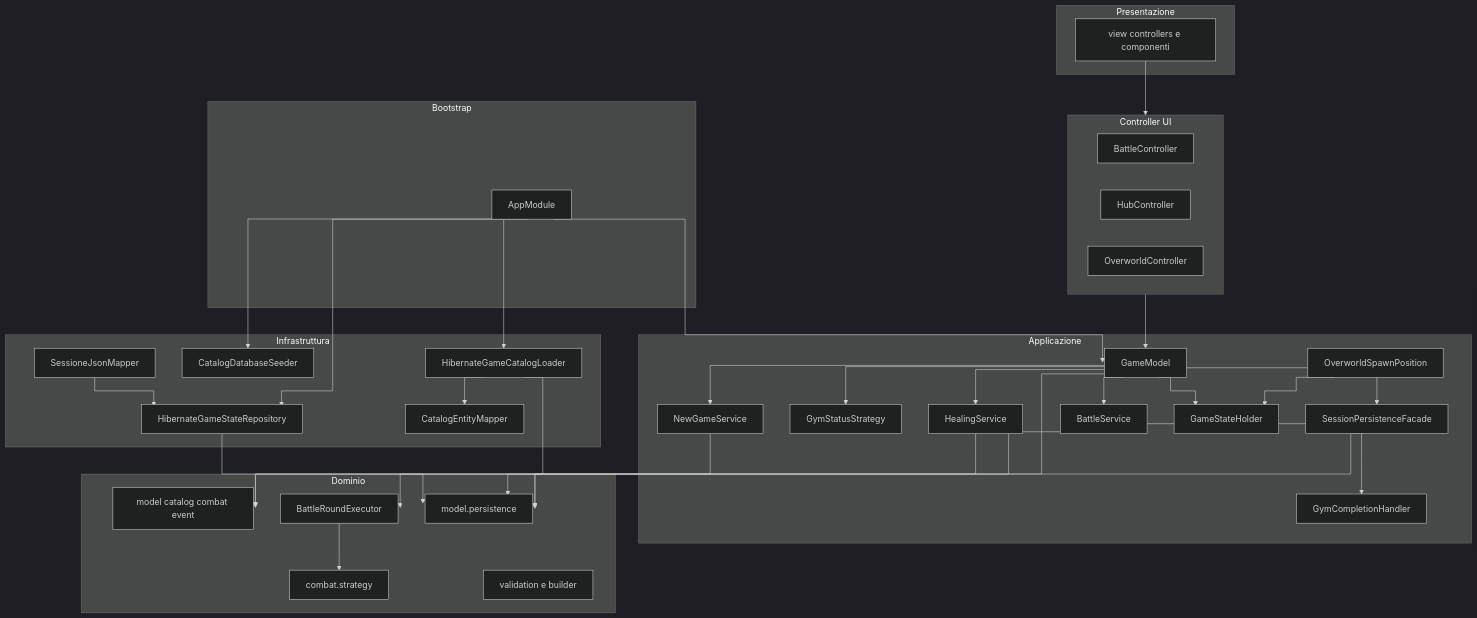
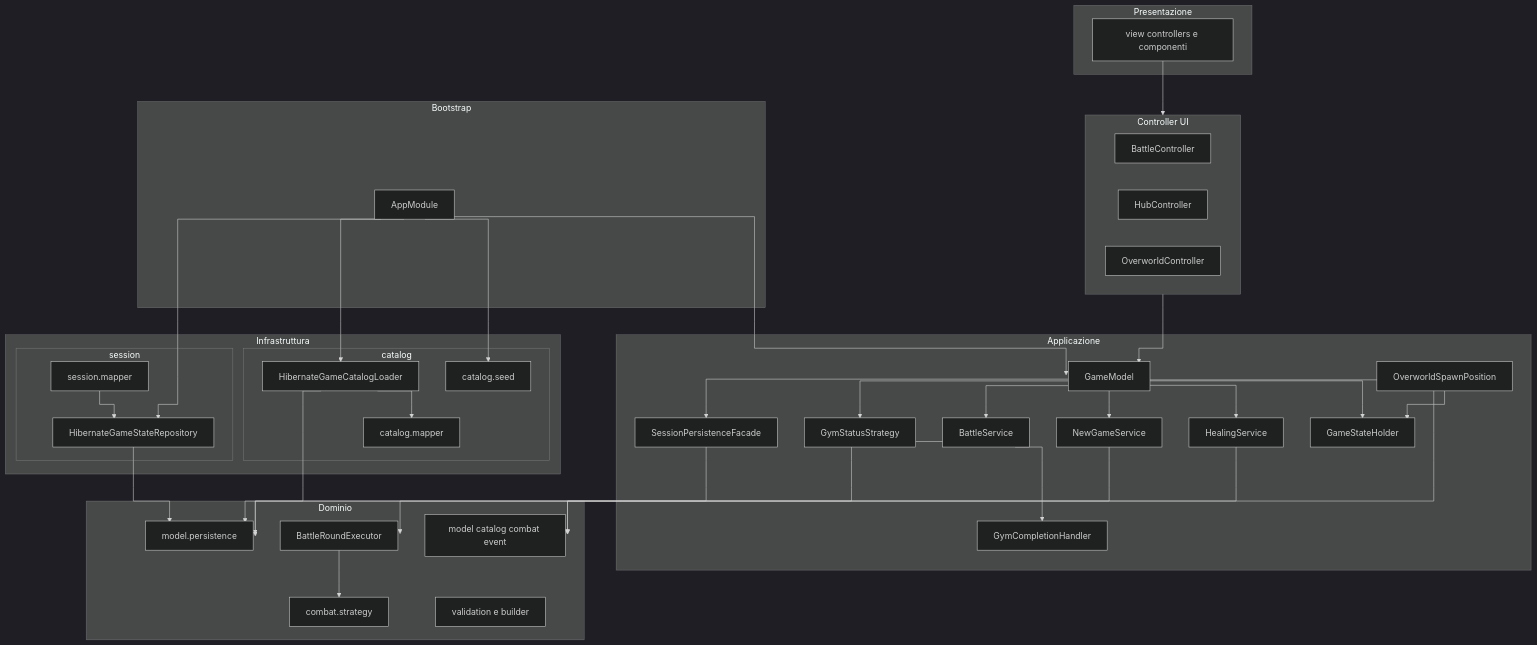
One commit to ValerioGiglio04/rpg-MPGC changed the diagram in .github/wiki-pages/Responsabilita-e-architettura.md. Above: the diagram before and after it, drawn with Mermaid (dark theme). The commit also changed other lines of this file and 50 other files, not shown here.

````diff
--- a/.github/wiki-pages/Responsabilita-e-architettura.md
+++ b/.github/wiki-pages/Responsabilita-e-architettura.md
@@ -37,64 +37,68 @@
 ```mermaid
 %%{init: {'flowchart': {'curve': 'stepAfter'}}}%%
 flowchart TB
   subgraph presentation [Presentazione]
     UI[view controllers e componenti]
   end
   subgraph model.service_layer [Applicazione]
     GS[GameModel]
     SPF[SessionPersistenceFacade]
     GSS[GymStatusStrategy]
     BS[BattleService]
     NG[NewGameService]
     HS[HealingService]
     GCH[GymCompletionHandler]
     GSH[GameStateHolder]
     OSP[OverworldSpawnPosition]
   end
   subgraph model_layer [Dominio]
     Models[model catalog combat event]
     BRE[BattleRoundExecutor]
     Ports[model.persistence]
     Strat[combat.strategy]
     Valid[validation e builder]
   end
   subgraph infrastructure [Infrastruttura]
-    JRepo[HibernateGameStateRepository]
-    HCat[HibernateGameCatalogLoader]
-    CEM[CatalogEntityMapper]
-    Seed[CatalogDatabaseSeeder]
-    Mapper[SessioneJsonMapper]
+    subgraph catalog_model.persistence [catalog]
+      HCat[HibernateGameCatalogLoader]
+      CEM[catalog.mapper]
+      Seed[catalog.seed]
+    end
+    subgraph session_model.persistence [session]
+      JRepo[HibernateGameStateRepository]
+      Mapper[session.mapper]
+    end
   end
   subgraph bootstrap [Bootstrap]
     AM[AppModule]
   end
   subgraph controllers [Controller UI]
     BP[BattleController]
     HP[HubController]
     OP[OverworldController]
   end
   UI --> controllers
   controllers --> GS
   GS --> SPF
   GS --> GSS
   GS --> BS
   GS --> NG
   GS --> HS
   GS --> GSH
   GS --> Ports
   SPF --> Ports
   BS --> BRE
   BRE --> Strat
   BS --> GCH
   NG --> Models
   HS --> Models
   OSP --> GSH
   JRepo --> Ports
   HCat --> Ports
   HCat --> CEM
   Mapper --> JRepo
   AM --> JRepo
   AM --> HCat
   AM --> Seed
   AM --> GS
 ```
````
